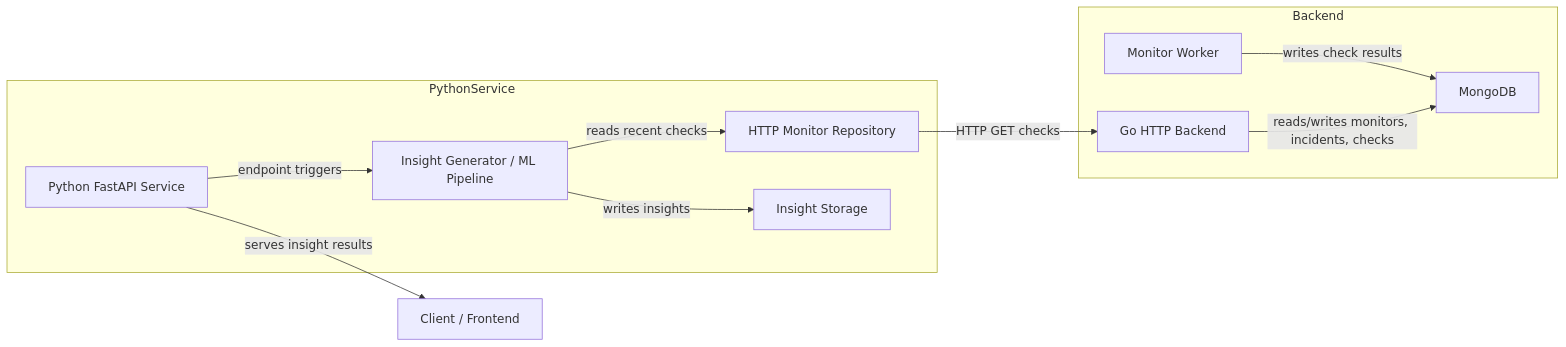
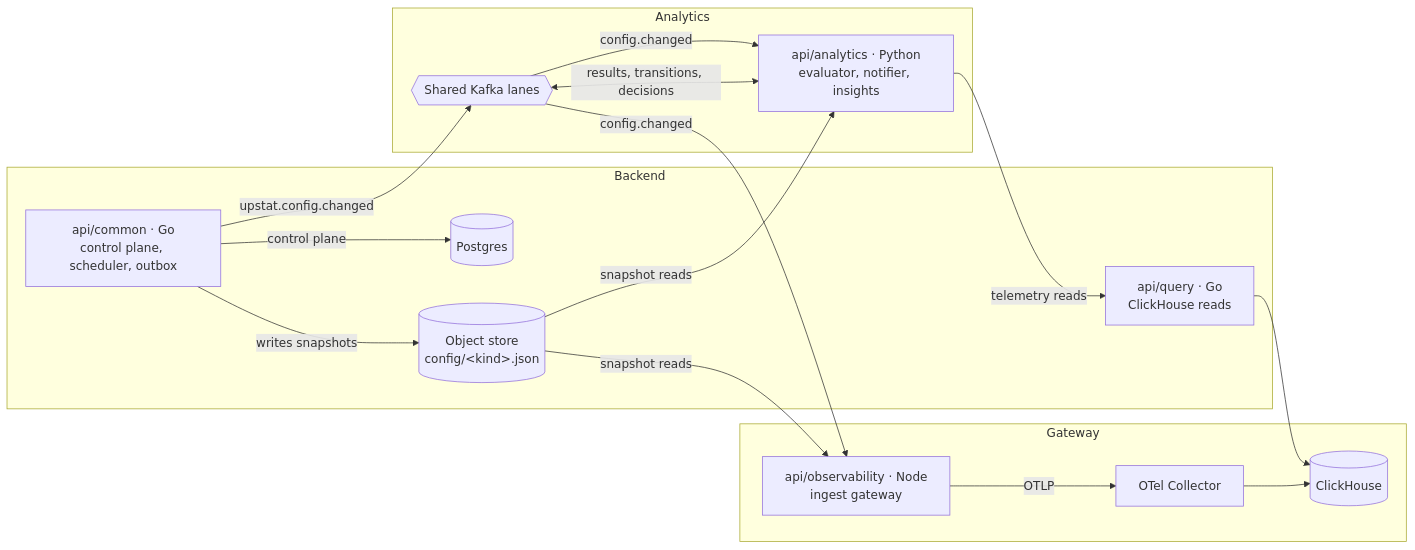
One commit to cuesoftinc/upstat changed the third of 6 diagrams in docs/architecture.md. Above: the diagram before and after it, drawn with Mermaid. The commit also changed other lines of this file and 5 other files, not shown here.

Commit message:
docs: replace stale MongoDB descriptions with Postgres and ClickHouse (#429) (#458)

````diff
--- a/docs/architecture.md
+++ b/docs/architecture.md
@@ -102,28 +116,40 @@
 ```mermaid
 flowchart LR
     subgraph Backend
-        GoServer[Go HTTP Backend]
-        MonitorWorker[Monitor Worker]
-        Mongo[MongoDB]
+        GoServer[api/common · Go<br/>control plane, scheduler, outbox]
+        Query[api/query · Go<br/>ClickHouse reads]
+        PG[(Postgres)]
+        Store[(Object store<br/>config/&lt;kind&gt;.json)]
     end
 
-    subgraph PythonService
-        PythonAPI[Python FastAPI Service]
-        InsightGenerator[Insight Generator / ML Pipeline]
-        PythonRepo[HTTP Monitor Repository]
-        InsightsDB[Insight Storage]
+    subgraph Gateway
+        NodeGateway[api/observability · Node<br/>ingest gateway]
+        Collector[OTel Collector]
+        CH[(ClickHouse)]
     end
 
-    MonitorWorker -->|writes check results| Mongo
-    GoServer -->|reads/writes monitors, incidents, checks| Mongo
-    PythonRepo -->|HTTP GET checks| GoServer
-    InsightGenerator -->|reads recent checks| PythonRepo
-    InsightGenerator -->|writes insights| InsightsDB
-    PythonAPI -->|endpoint triggers| InsightGenerator
-    PythonAPI -->|serves insight results| Client[Client / Frontend]
+    subgraph Analytics
+        PythonAPI[api/analytics · Python<br/>evaluator, notifier, insights]
+        Kafka{{Shared Kafka lanes}}
+    end
+
+    GoServer -->|control plane| PG
+    GoServer -->|writes snapshots| Store
+    GoServer -->|upstat.config.changed| Kafka
+    Kafka -->|config.changed| NodeGateway
+    Kafka -->|config.changed| PythonAPI
+    Kafka <-->|results, transitions, decisions| PythonAPI
+    Store -->|snapshot reads| NodeGateway
+    Store -->|snapshot reads| PythonAPI
+    PythonAPI -->|telemetry reads| Query
+    Query --> CH
+    NodeGateway -->|OTLP| Collector
+    Collector --> CH
 
     click GoServer "api/common/cmd/server/main.go" "Go backend entrypoint"
-    click MonitorWorker "api/common/internal/service/monitor_worker_service.go" "Periodic monitor scheduler"
-    click PythonRepo "api/observability/repository/monitor_repository.py" "Python HTTP client for checks"
-    click InsightGenerator "api/observability/service/insight_generator.py" "Insight generation pipeline"
+    click Query "api/query/cmd/server/main.go" "Go query service entrypoint"
+    click NodeGateway "api/observability/src/main.ts" "Node ingest gateway entrypoint"
+    click PythonAPI "api/analytics/app/main.py" "Python analytics entrypoint"
+    click PG "api/common/migrations/postgres/0001_core.sql" "Postgres schema"
+    click CH "api/common/migrations/clickhouse/0001_telemetry.sql" "ClickHouse schema"
 ```
````
